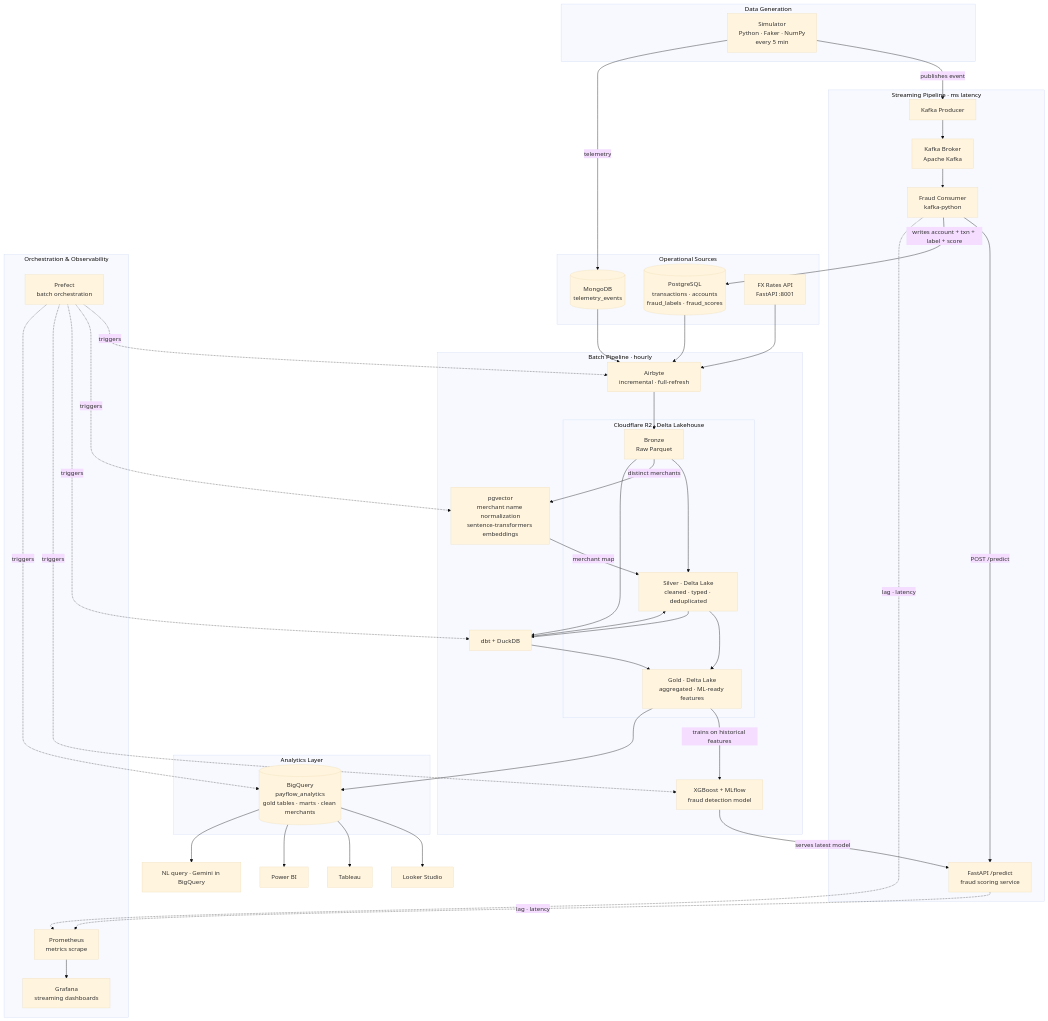
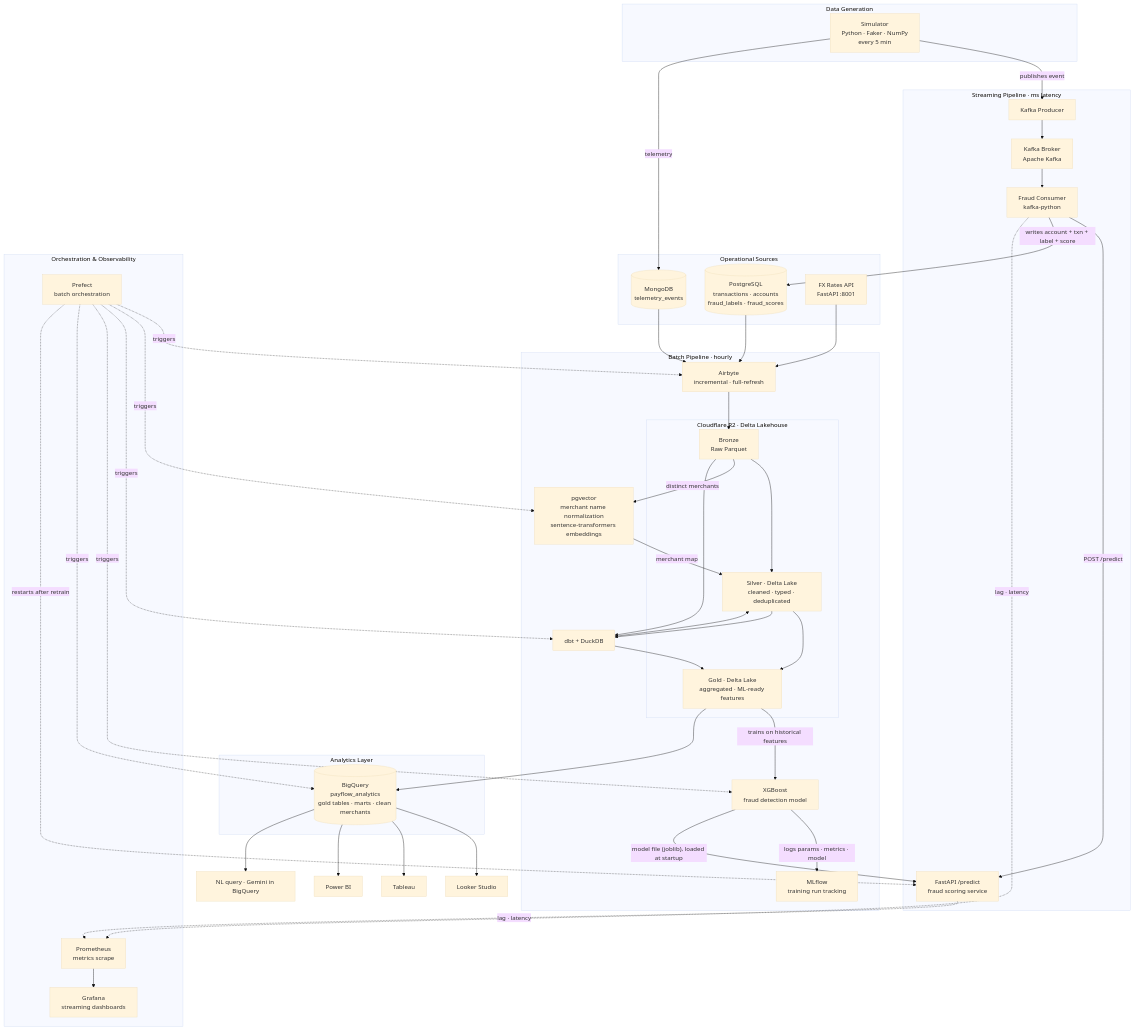
Before and after one commit to vifestudio/payflow-data-platform: the diagram in README.md, drawn with Mermaid (base theme).

Commit message:
docs: split XGBoost and MLflow in architecture diagram, show Prefect restarting /predict

````diff
--- a/README.md
+++ b/README.md
@@ -9,64 +9,67 @@
 ```mermaid
 flowchart TD
     subgraph SIM["Data Generation"]
         S["Simulator\nPython · Faker · NumPy\nevery 5 min"]
     end
 
     subgraph STREAMING["Streaming Pipeline · ms latency"]
         KP["Kafka Producer"]
         KB["Kafka Broker\nApache Kafka"]
         KC["Fraud Consumer\nkafka-python"]
         API2["FastAPI /predict\nfraud scoring service"]
     end
 
     subgraph SOURCES["Operational Sources"]
         PG[(PostgreSQL\ntransactions · accounts\nfraud_labels · fraud_scores)]
         MG[(MongoDB\ntelemetry_events)]
         FX["FX Rates API\nFastAPI :8001"]
     end
 
     subgraph BATCH["Batch Pipeline · hourly"]
         AB["Airbyte\nincremental · full-refresh"]
         subgraph LAKE["Cloudflare R2 · Delta Lakehouse"]
             B["Bronze\nRaw Parquet"]
             SI["Silver · Delta Lake\ncleaned · typed · deduplicated"]
             G["Gold · Delta Lake\naggregated · ML-ready features"]
             B --> SI --> G
         end
         DBT["dbt + DuckDB"]
         VEC["pgvector\nmerchant name normalization\nsentence-transformers embeddings"]
-        ML["XGBoost + MLflow\nfraud detection model"]
+        XGB["XGBoost\nfraud detection model"]
+        MLF["MLflow\ntraining run tracking"]
     end
 
     subgraph ANALYTICS["Analytics Layer"]
         BQ[("BigQuery\npayflow_analytics\ngold tables · marts · clean merchants")]
     end
 
     LS["Looker Studio"]
     TB["Tableau"]
     PB["Power BI"]
     NLQ["NL query · Gemini in BigQuery"]
 
     subgraph OPS["Orchestration & Observability"]
         PREF["Prefect\nbatch orchestration"]
         PROM["Prometheus\nmetrics scrape"]
         GRAF["Grafana\nstreaming dashboards"]
     end
 
     S -->|"publishes event"| KP --> KB --> KC
     S -->|"telemetry"| MG
     KC -->|"POST /predict"| API2
     KC -->|"writes account + txn + label + score"| PG
 
     PG & MG & FX --> AB --> B
     B -->|"distinct merchants"| VEC -->|"merchant map"| SI
     B --> DBT --> SI --> DBT --> G
 
-    G -->|"trains on historical features"| ML
-    ML -->|"serves latest model"| API2
+    G -->|"trains on historical features"| XGB
+    XGB -->|"logs params · metrics · model"| MLF
+    XGB -->|"model file (joblib), loaded at startup"| API2
 
     G --> BQ --> LS & TB & PB & NLQ
 
-    PREF -. "triggers" .-> AB & VEC & DBT & ML & BQ
+    PREF -. "triggers" .-> AB & VEC & DBT & XGB & BQ
+    PREF -. "restarts after retrain" .-> API2
     KC & API2 -.->|"lag · latency"| PROM --> GRAF
 ```
````
